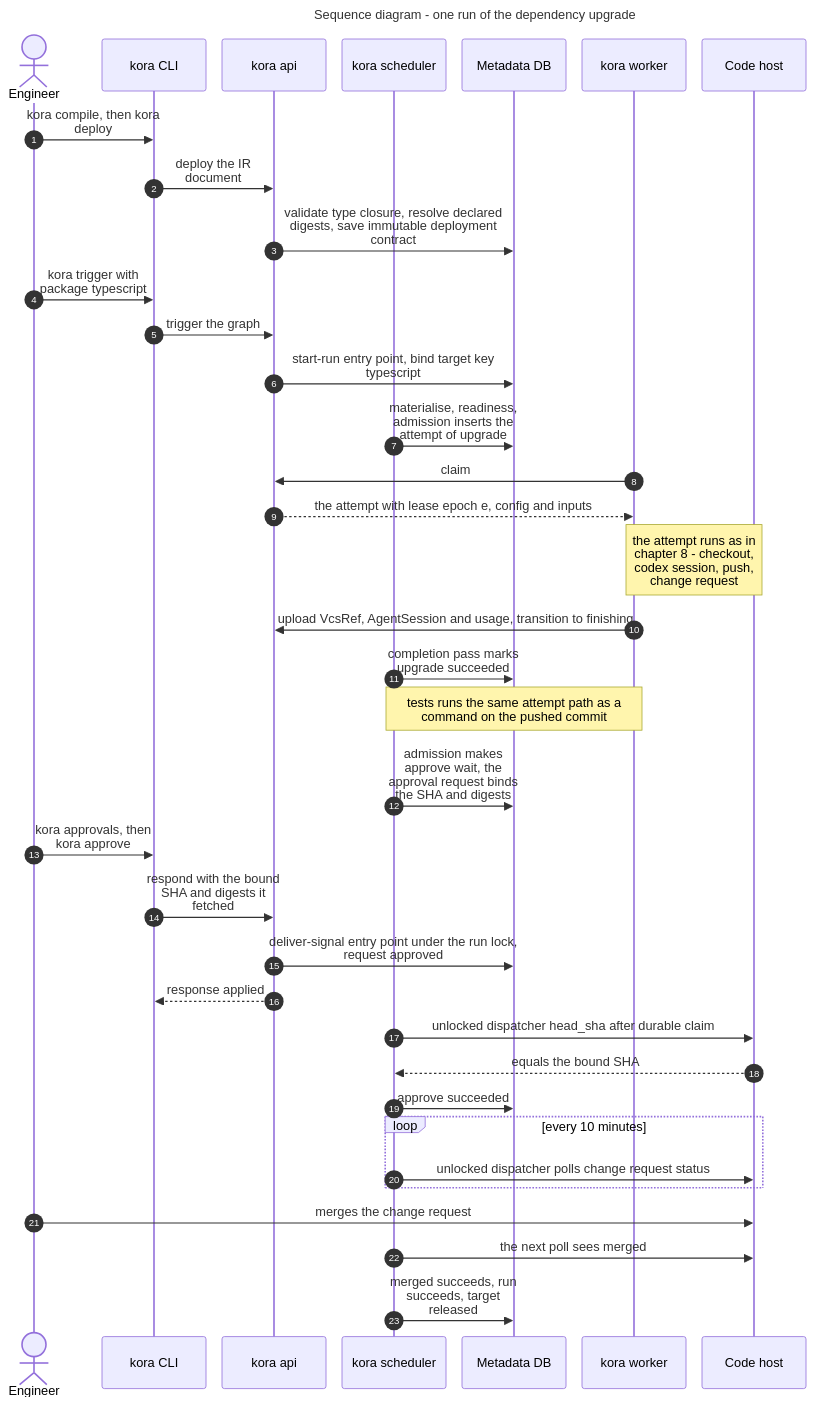
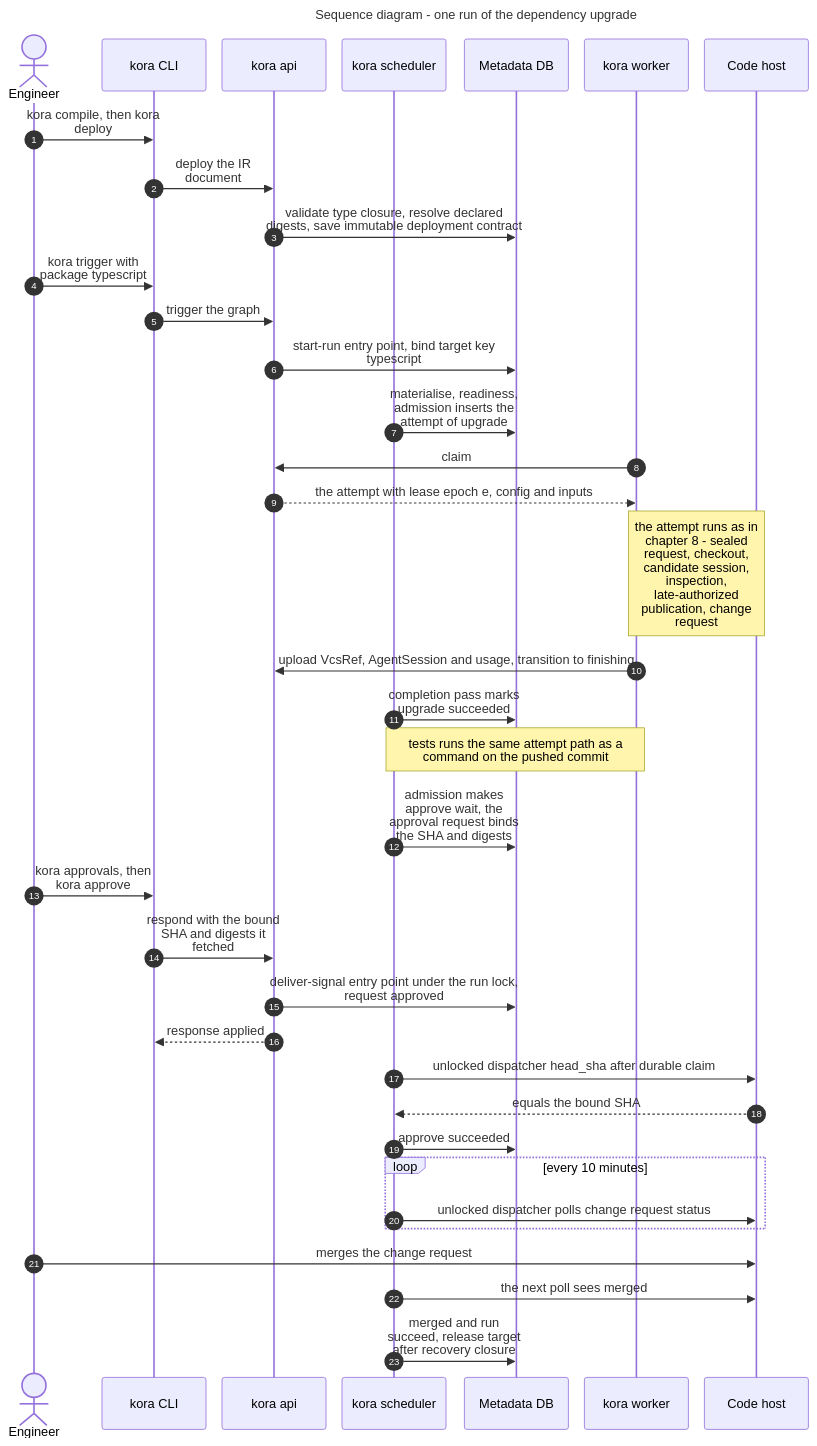
Before and after one commit to klukashka/kora: the ninth of 24 diagrams in knowledge/architecture/internals.md, drawn with Mermaid. The commit also changed other lines of this file, not shown here.

````diff
--- a/knowledge/architecture/internals.md
+++ b/knowledge/architecture/internals.md
@@ -543,49 +550,49 @@
 ```mermaid
 ---
 title: Sequence diagram - one run of the dependency upgrade
 config:
   sequence:
     wrap: true
     width: 130
     actorMargin: 20
     messageMargin: 30
 ---
 sequenceDiagram
   accTitle: One run of the dependency upgrade, end to end
   accDescr: The engineer compiles and deploys through the CLI, and kora api validates and stores the graph version. A trigger starts a run with the target key bound. The scheduler admits the upgrade node, a worker claims the attempt, runs it and uploads the results, and the completion pass marks the node succeeded. The tests node runs the same way. Admission makes the approval node wait with a request bound to the commit and the test digests. The engineer lists the request and approves it through the CLI; the API applies the response under the run lock. The scheduler checks the head again and completes the approval node, polls the change request until a person has merged it, and the run succeeds and releases its target.
   autonumber
   actor E as Engineer
   participant CLI as kora CLI
   participant A as kora api
   participant S as kora scheduler
   participant D as Metadata DB
   participant W as kora worker
   participant C as Code host
   E->>CLI: kora compile, then kora deploy
   CLI->>A: deploy the IR document
   A->>D: validate type closure, resolve declared digests, save immutable deployment contract
   E->>CLI: kora trigger with package typescript
   CLI->>A: trigger the graph
   A->>D: start-run entry point, bind target key typescript
   S->>D: materialise, readiness, admission inserts the attempt of upgrade
   W->>A: claim
   A-->>W: the attempt with lease epoch e, config and inputs
-  Note over W,C: the attempt runs as in chapter 8 - checkout, codex session, push, change request
+  Note over W,C: the attempt runs as in chapter 8 - sealed request, checkout, candidate session, inspection, late-authorized publication, change request
   W->>A: upload VcsRef, AgentSession and usage, transition to finishing
   S->>D: completion pass marks upgrade succeeded
   Note over S,W: tests runs the same attempt path as a command on the pushed commit
   S->>D: admission makes approve wait, the approval request binds the SHA and digests
   E->>CLI: kora approvals, then kora approve
   CLI->>A: respond with the bound SHA and digests it fetched
   A->>D: deliver-signal entry point under the run lock, request approved
   A-->>CLI: response applied
   S->>C: unlocked dispatcher head_sha after durable claim
   C-->>S: equals the bound SHA
   S->>D: approve succeeded
   loop every 10 minutes
     S->>C: unlocked dispatcher polls change request status
   end
   E->>C: merges the change request
   S->>C: the next poll sees merged
-  S->>D: merged succeeds, run succeeds, target released
+  S->>D: merged and run succeed, release target after recovery closure
 ```
````
